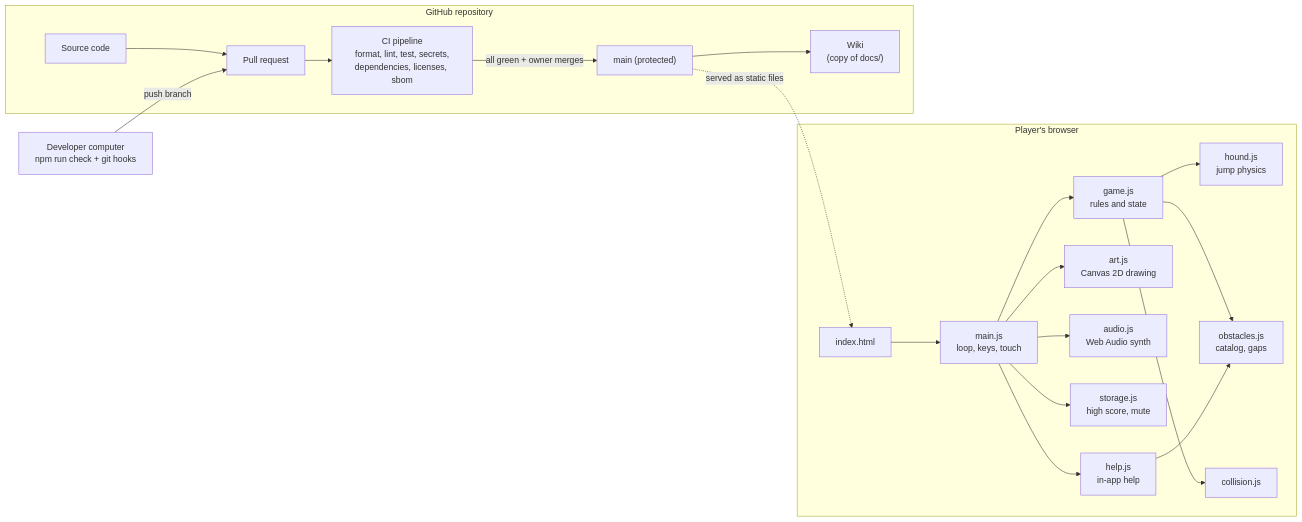
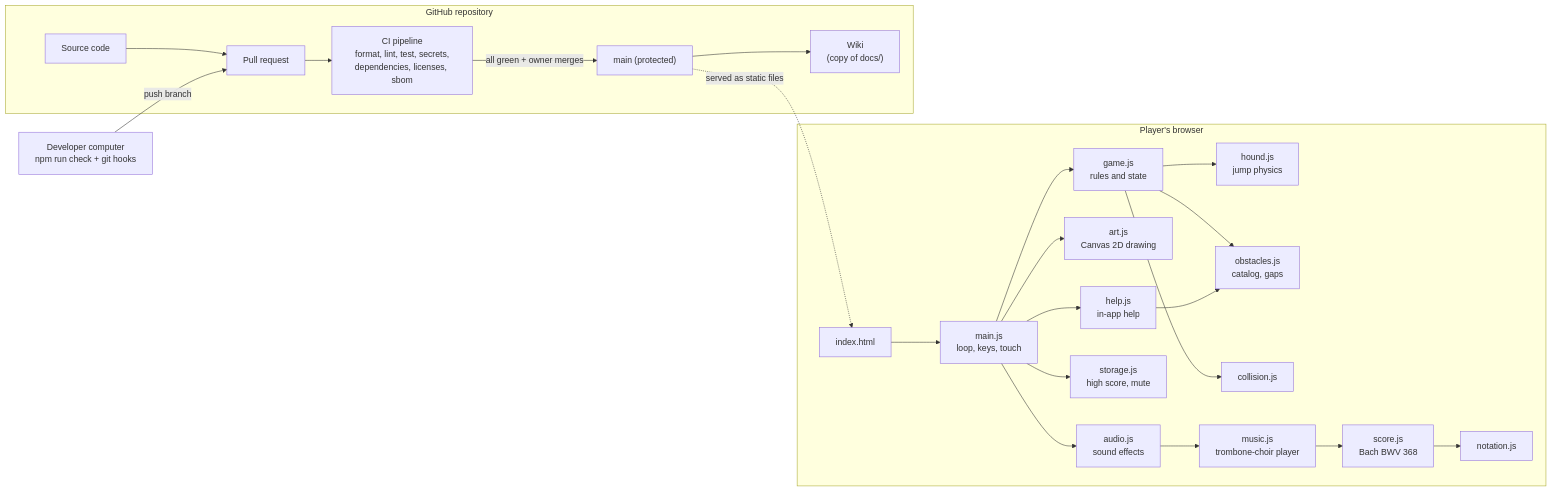
One commit to msarro/Runny_Hound_2 changed the diagram in docs/architecture.md. Above: the diagram before and after it, drawn with Mermaid. The commit also changed other lines of this file and 23 other files, not shown here.

First line of the commit message:
Add background music: In dulci jubilo (Bach BWV 368) as a trombone choir (#9)

````diff
--- a/docs/architecture.md
+++ b/docs/architecture.md
@@ -8,25 +8,28 @@
 ```mermaid
 flowchart LR
   subgraph Browser["Player's browser"]
     HTML["index.html"] --> Main["main.js<br/>loop, keys, touch"]
     Main --> Game["game.js<br/>rules and state"]
     Game --> Hound["hound.js<br/>jump physics"]
     Game --> Obst["obstacles.js<br/>catalog, gaps"]
     Game --> Coll["collision.js"]
     Main --> Art["art.js<br/>Canvas 2D drawing"]
-    Main --> Audio["audio.js<br/>Web Audio synth"]
+    Main --> Audio["audio.js<br/>sound effects"]
+    Audio --> Music["music.js<br/>trombone-choir player"]
+    Music --> Score["score.js<br/>Bach BWV 368"]
+    Score --> Notation["notation.js"]
     Main --> Store["storage.js<br/>high score, mute"]
     Main --> Help["help.js<br/>in-app help"]
     Help --> Obst
   end
 
   subgraph Repo["GitHub repository"]
     Code["Source code"] --> PR["Pull request"]
     PR --> CI["CI pipeline<br/>format, lint, test, secrets,<br/>dependencies, licenses, sbom"]
     CI -->|all green + owner merges| MainBranch["main (protected)"]
     MainBranch --> Wiki["Wiki<br/>(copy of docs/)"]
   end
 
   Dev["Developer computer<br/>npm run check + git hooks"] -->|push branch| PR
   MainBranch -. served as static files .-> HTML
 ```
````
